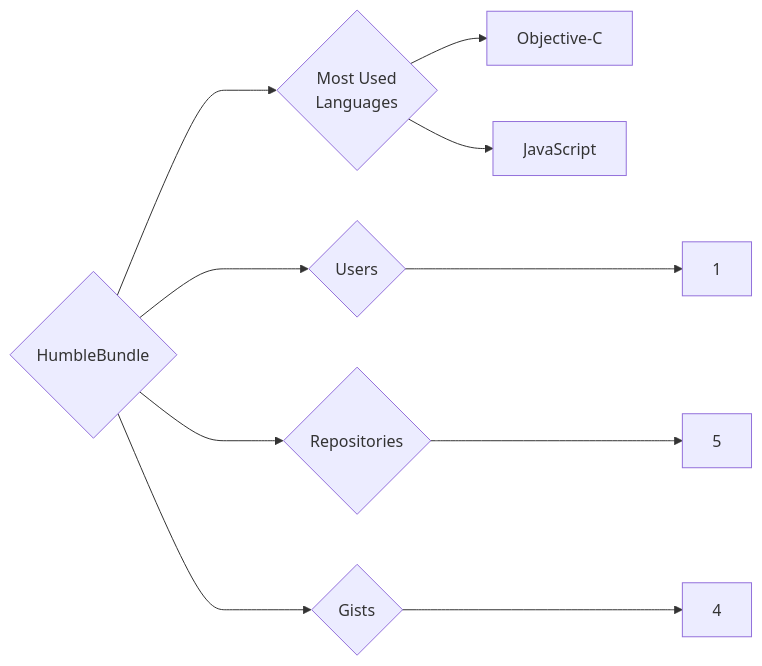
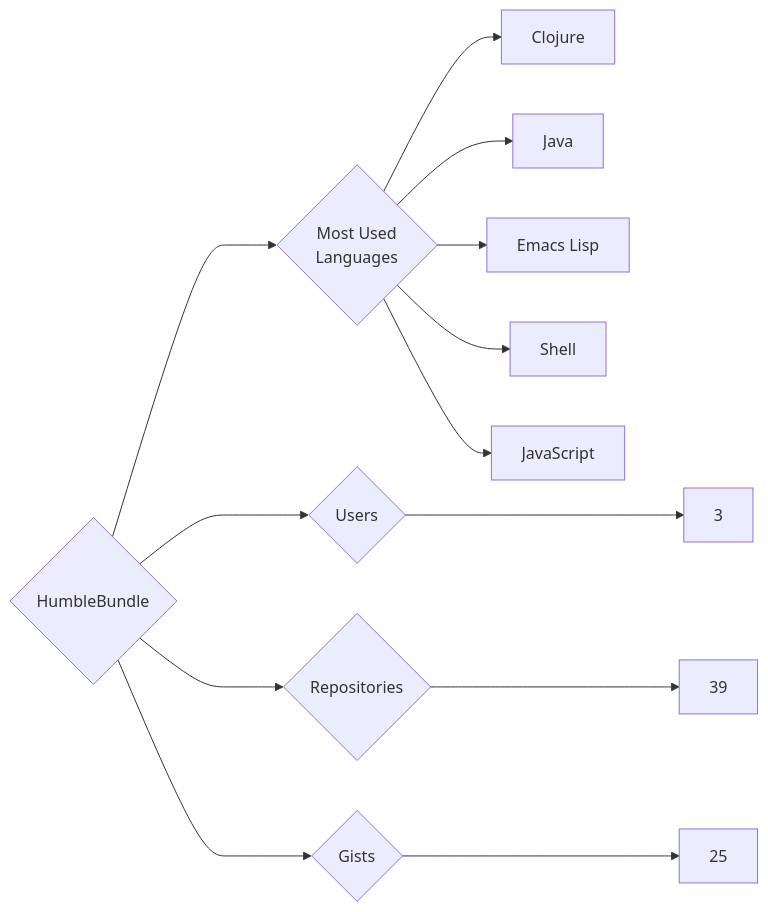
One commit to trickest/insiders changed the diagram in targets/HumbleBundle/README.md. Above: the diagram before and after it, drawn with Mermaid. The commit also changed 1003 other files, not shown here.

````diff
--- a/targets/HumbleBundle/README.md
+++ b/targets/HumbleBundle/README.md
@@ -3,10 +3,13 @@
 ```mermaid
 graph LR
 COMPANY_NAME{HumbleBundle}
-COMPANY_NAME ---> U{Users} ---> UN[1]
-COMPANY_NAME ---> R{Repositories} ---> RN[5]
-COMPANY_NAME ---> G{Gists} ---> GN[4]
+COMPANY_NAME ---> U{Users} ---> UN[3]
+COMPANY_NAME ---> R{Repositories} ---> RN[39]
+COMPANY_NAME ---> G{Gists} ---> GN[25]
 COMPANY_NAME ---> ML{Most Used<br>Languages}
-ML --> Objective-C[Objective-C]
+ML --> Clojure[Clojure]
+ML --> Java[Java]
+ML --> Emacs_Lisp[Emacs Lisp]
+ML --> Shell[Shell]
 ML --> JavaScript[JavaScript]
 ```
````
